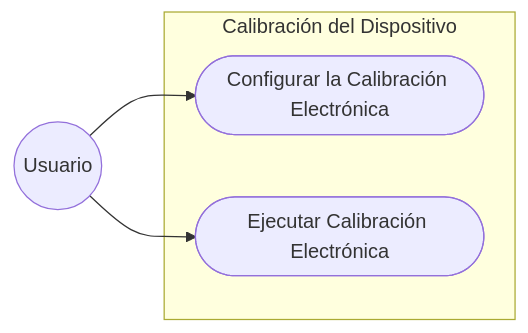
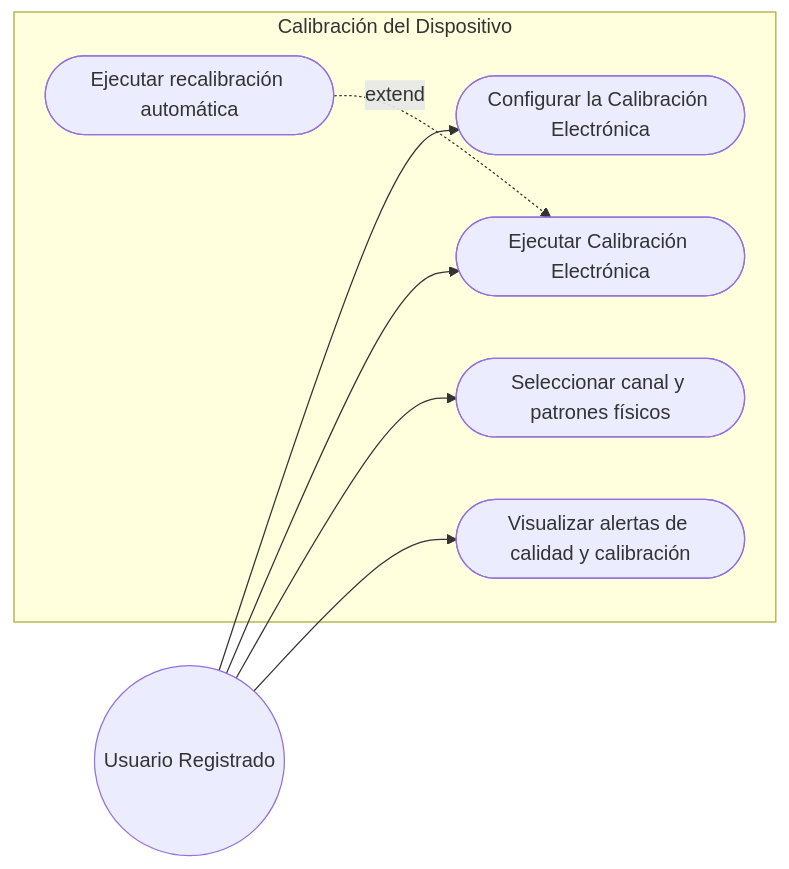
One commit to alegrelias/Repo-GMini changed the second of 7 diagrams in Gmini-MarkDown/Diagramas/Diagramas de CU.md. Above: the diagram before and after it, drawn with Mermaid. The commit also changed other lines of this file and 1 other file, not shown here.

Commit message:
Añadi un archivo con los diagramas de cus sin modificar y uno con los diagramas de cus modificados

````diff
--- a/Gmini-MarkDown/Diagramas/Diagramas de CU.md
+++ b/Gmini-MarkDown/Diagramas/Diagramas de CU.md
@@ -27,14 +32,22 @@
 ```mermaid
 flowchart LR
 %% Actores
-Usuario((Usuario))
+Usuario((Usuario Registrado))
 
 subgraph Calibración del Dispositivo
 	CU5([Configurar la Calibración Electrónica])
 	CU6([Ejecutar Calibración Electrónica])
+	CU_D1([Seleccionar canal y patrones físicos])
+	CU_D5([Visualizar alertas de calidad y calibración])
+	CU_D6([Ejecutar recalibración automática])
 end
 
 %% Asociación
 Usuario --> CU5
 Usuario --> CU6
+Usuario --> CU_D1
+Usuario --> CU_D5
+
+%% Relaciones Extend
+CU_D6 -.extend.-> CU6
 ```
````
